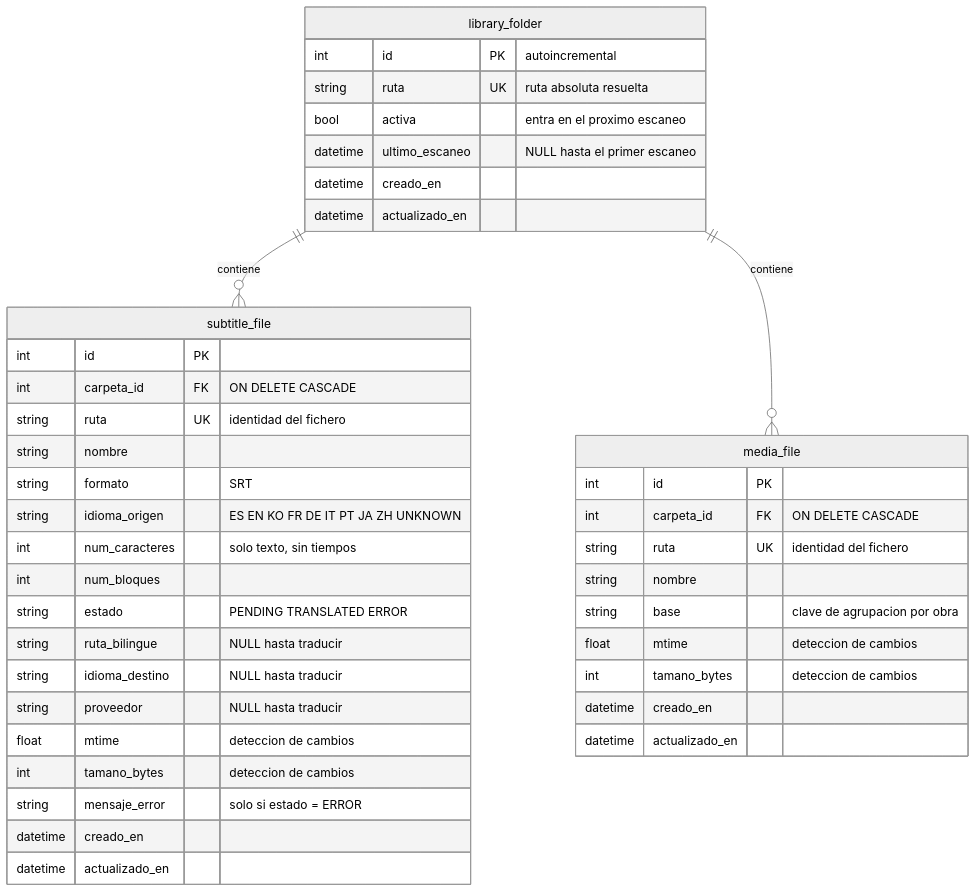
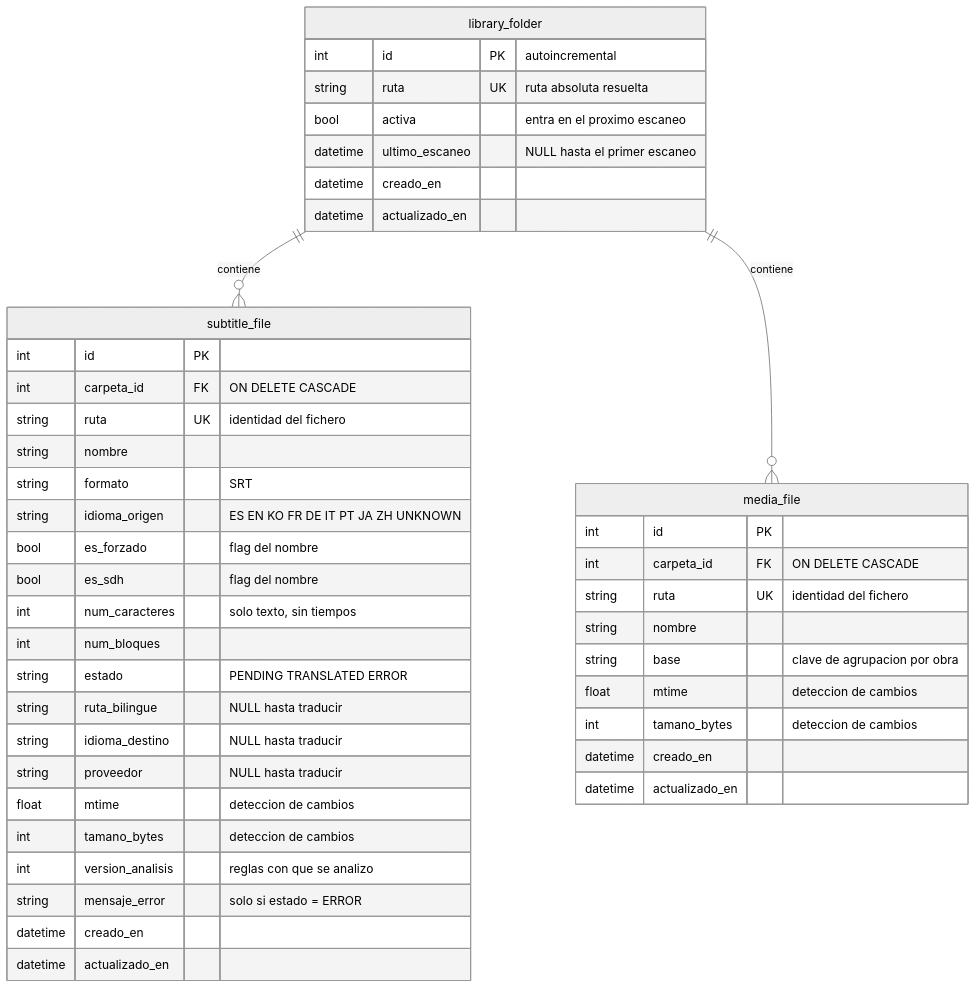
One commit to C4rl3s/srt-bilingual changed the diagram in docs/modelo-datos.md. Above: the diagram before and after it, drawn with Mermaid (neutral theme). The commit also changed other lines of this file and 9 other files, not shown here.

First line of the commit message:
feat: deteccion de idioma por contenido y flags forzado/sdh (Fase 3, hito 1)

````diff
--- a/docs/modelo-datos.md
+++ b/docs/modelo-datos.md
@@ -27,46 +27,49 @@
 ```mermaid
 erDiagram
     library_folder ||--o{ subtitle_file : "contiene"
     library_folder ||--o{ media_file : "contiene"
 
     media_file {
         int      id             PK
         int      carpeta_id     FK "ON DELETE CASCADE"
         string   ruta           UK "identidad del fichero"
         string   nombre
         string   base              "clave de agrupacion por obra"
         float    mtime             "deteccion de cambios"
         int      tamano_bytes      "deteccion de cambios"
         datetime creado_en
         datetime actualizado_en
     }
 
     library_folder {
         int      id             PK "autoincremental"
         string   ruta           UK "ruta absoluta resuelta"
         bool     activa            "entra en el proximo escaneo"
         datetime ultimo_escaneo    "NULL hasta el primer escaneo"
         datetime creado_en
         datetime actualizado_en
     }
 
     subtitle_file {
         int      id             PK
         int      carpeta_id     FK "ON DELETE CASCADE"
         string   ruta           UK "identidad del fichero"
         string   nombre
         string   formato           "SRT"
         string   idioma_origen     "ES EN KO FR DE IT PT JA ZH UNKNOWN"
+        bool     es_forzado        "flag del nombre"
+        bool     es_sdh            "flag del nombre"
         int      num_caracteres    "solo texto, sin tiempos"
         int      num_bloques
         string   estado            "PENDING TRANSLATED ERROR"
         string   ruta_bilingue     "NULL hasta traducir"
         string   idioma_destino    "NULL hasta traducir"
         string   proveedor         "NULL hasta traducir"
         float    mtime             "deteccion de cambios"
         int      tamano_bytes      "deteccion de cambios"
+        int      version_analisis  "reglas con que se analizo"
         string   mensaje_error     "solo si estado = ERROR"
         datetime creado_en
         datetime actualizado_en
     }
 ```
````
